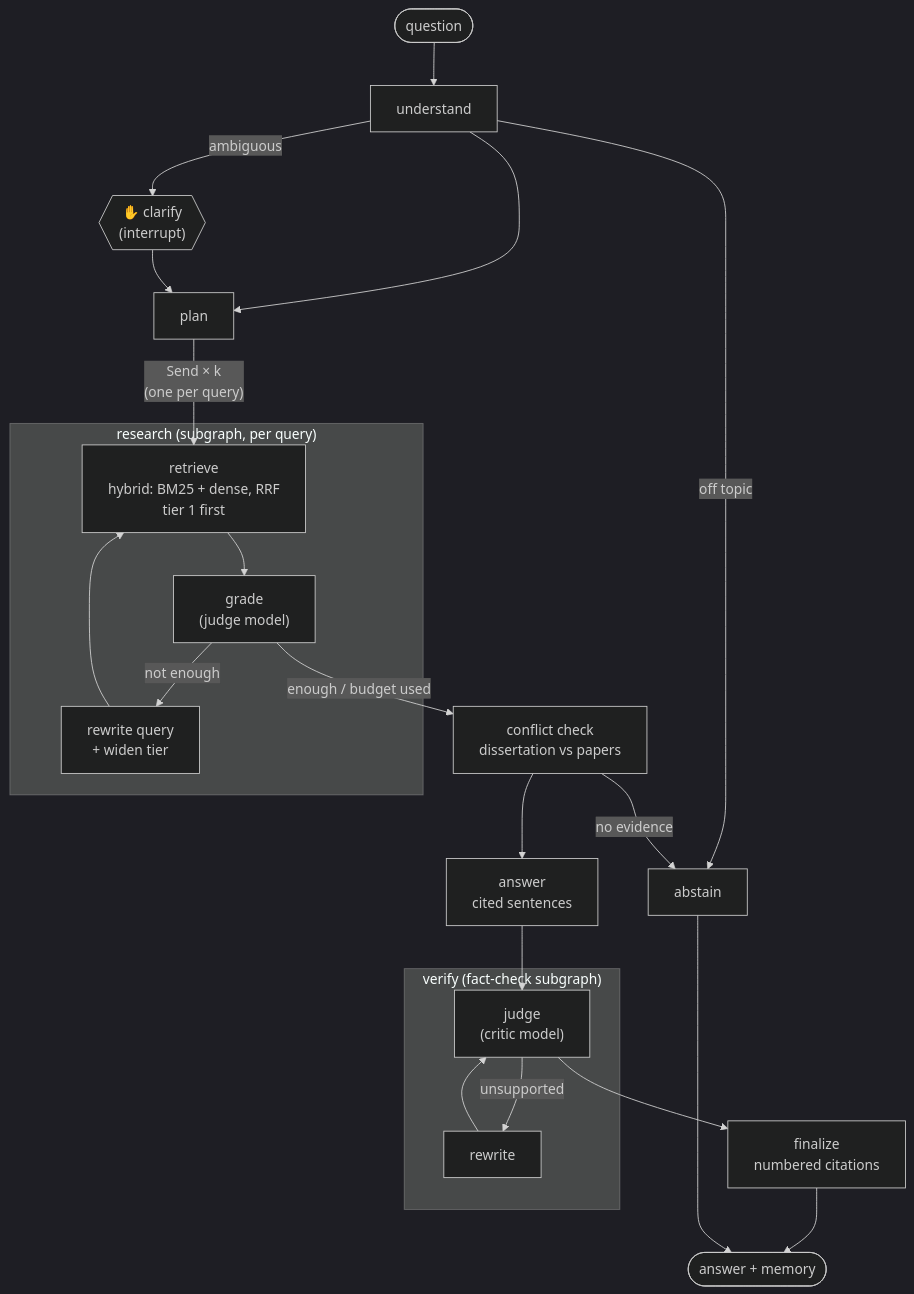
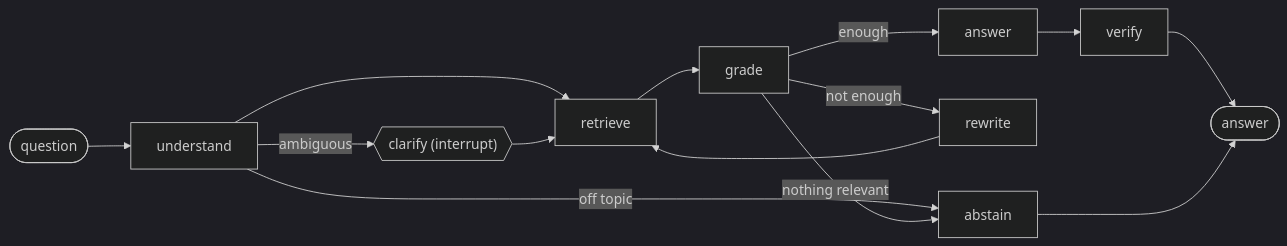
The diagram in README.md (fodorad/labmate), drawn with Mermaid (dark theme) before and after one commit. The commit also changed other lines of this file and 131 other files, not shown here.

First line of the commit message:
refactor!: ChatOllama with a reply cache; ask as a small graph and an agent

````diff
--- a/README.md
+++ b/README.md
@@ -104,27 +97,12 @@
 ```mermaid
-flowchart TB
+flowchart LR
     q([question]) --> understand
     understand -->|off topic| abstain
-    understand -->|ambiguous| clarify{{"✋ clarify<br/>(interrupt)"}}
-    understand --> plan
-    clarify --> plan
-    plan -->|"Send × k<br/>(one per query)"| research_retrieve
-    subgraph research ["research (subgraph, per query)"]
-        research_retrieve["retrieve<br/>hybrid: BM25 + dense, RRF<br/>tier 1 first"]
-        research_grade["grade<br/>(judge model)"]
-        research_retrieve --> research_grade
-        research_grade -->|not enough| research_rewrite["rewrite query<br/>+ widen tier"]
-        research_rewrite --> research_retrieve
-    end
-    research_grade -->|enough / budget used| conflicts["conflict check<br/>dissertation vs papers"]
-    conflicts -->|no evidence| abstain
-    conflicts --> answer["answer<br/>cited sentences"]
-    answer --> verify_judge
-    subgraph verify ["verify (fact-check subgraph)"]
-        verify_judge["judge<br/>(critic model)"] -->|unsupported| verify_rewrite[rewrite]
-        verify_rewrite --> verify_judge
-    end
-    verify_judge --> finalize["finalize<br/>numbered citations"]
-    finalize --> a([answer + memory])
-    abstain --> a
+    understand -->|ambiguous| clarify{{"clarify (interrupt)"}}
+    understand --> retrieve
+    clarify --> retrieve
+    retrieve --> grade
+    grade -->|not enough| rewrite --> retrieve
+    grade -->|enough| answer --> verify --> a([answer])
+    grade -->|nothing relevant| abstain --> a
 ```
````
